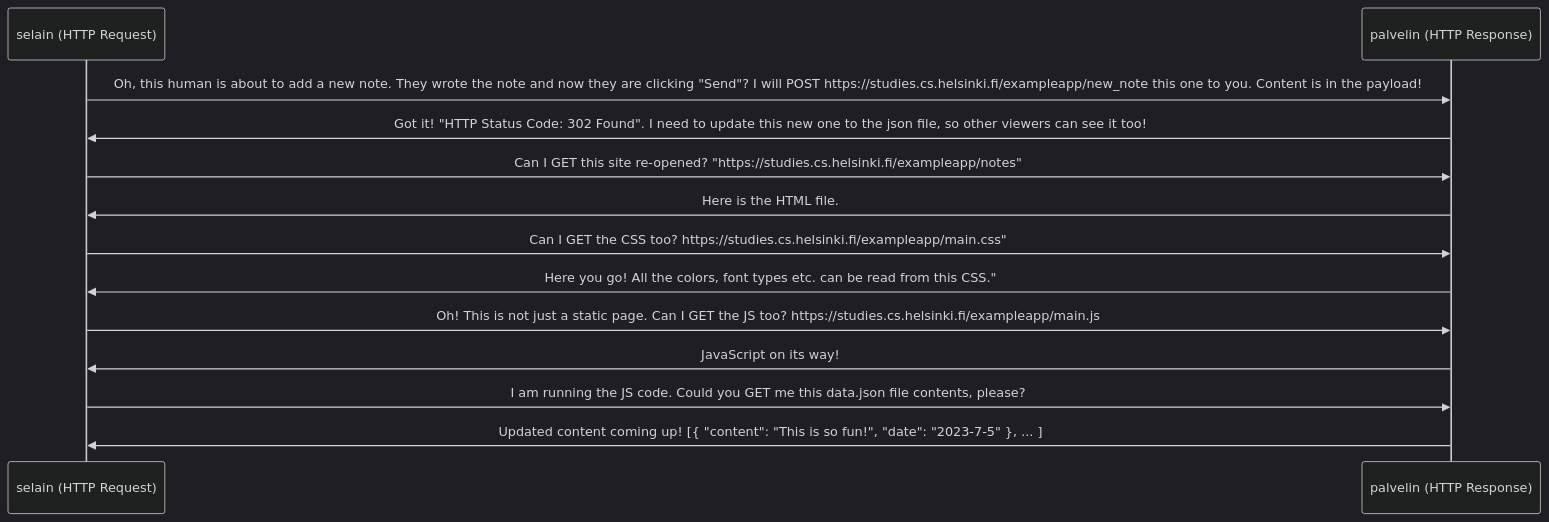
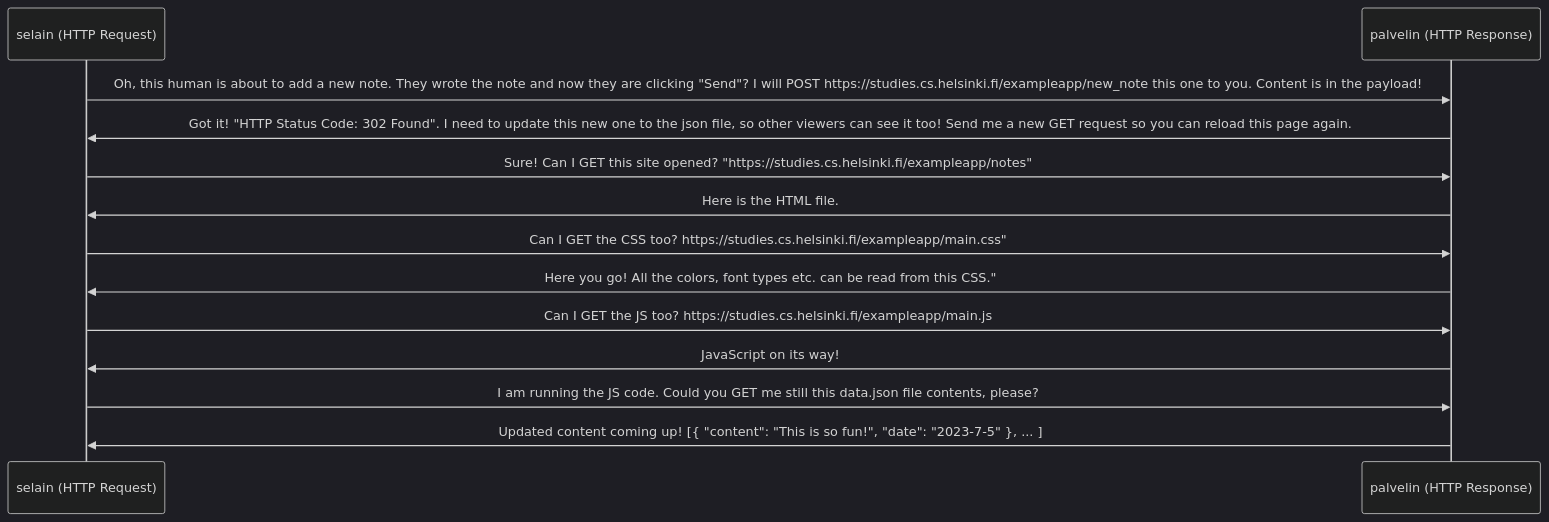
One commit to ellallaa/palautusrepo2023 changed the diagram in osa0/kaavio.md. Above: the diagram before and after it, drawn with Mermaid (dark theme).

Commit message:
syntaksi ok, nyt sisällöt - POST + GET 02

````diff
--- a/osa0/kaavio.md
+++ b/osa0/kaavio.md
@@ -2,18 +2,18 @@
 ```mermaid
   sequenceDiagram
   participant s as selain (HTTP Request)
   participant p as palvelin (HTTP Response)  
 
   s->>p: Oh, this human is about to add a new note. They wrote the note and now they are clicking "Send"? I will POST https://studies.cs.helsinki.fi/exampleapp/new_note this one to you. Content is in the payload!
-  p->>s: Got it! "HTTP Status Code: 302 Found". I need to update this new one to the json file, so other viewers can see it too!
-  s->>p: Can I GET this site re-opened? "https://studies.cs.helsinki.fi/exampleapp/notes"
+  p->>s: Got it! "HTTP Status Code: 302 Found". I need to update this new one to the json file, so other viewers can see it too! Send me a new GET request so you can reload this page again.
+  s->>p: Sure! Can I GET this site opened? "https://studies.cs.helsinki.fi/exampleapp/notes"
   p->>s: Here is the HTML file.
   s->>p: Can I GET the CSS too? https://studies.cs.helsinki.fi/exampleapp/main.css"
   p->>s: Here you go! All the colors, font types etc. can be read from this CSS."
-  s->>p: Oh! This is not just a static page. Can I GET the JS too? https://studies.cs.helsinki.fi/exampleapp/main.js
+  s->>p: Can I GET the JS too? https://studies.cs.helsinki.fi/exampleapp/main.js
   p->>s: JavaScript on its way!
-  s->>p: I am running the JS code. Could you GET me this data.json file contents, please?
+  s->>p: I am running the JS code. Could you GET me still this data.json file contents, please?
   p->>s: Updated content coming up! [{ "content": "This is so fun!", "date": "2023-7-5" }, ... ]  
 
 
 ```
````
